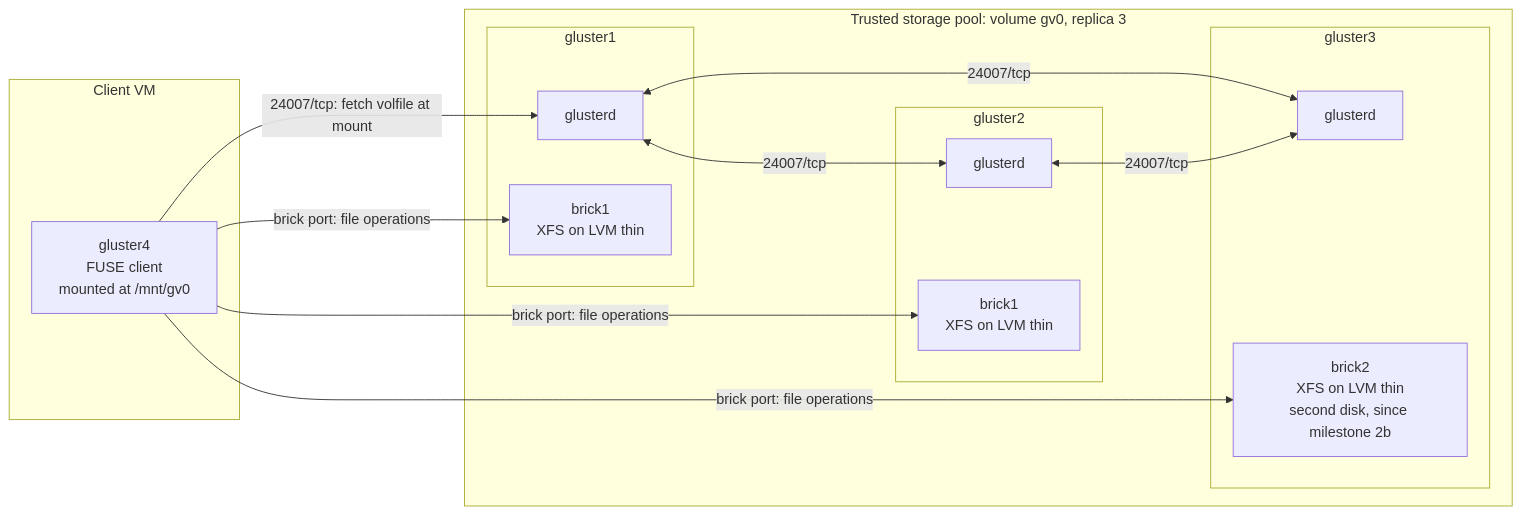
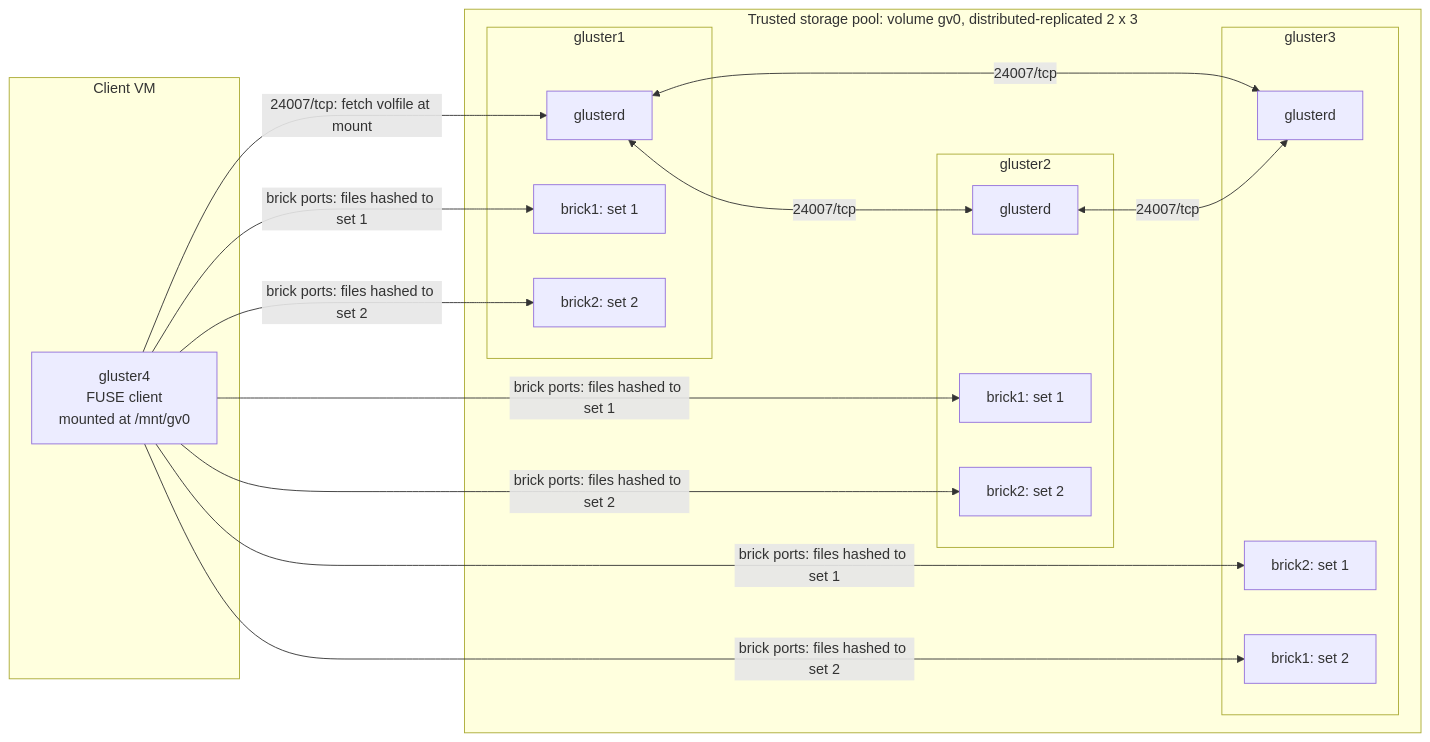
One commit to OB-Adams/glusterfs-replicated-lab changed the first of 4 diagrams in docs/architecture.md. Above: the diagram before and after it, drawn with Mermaid. The commit also changed other lines of this file and 22 other files, not shown here.

````diff
--- a/docs/architecture.md
+++ b/docs/architecture.md
@@ -17,27 +18,33 @@
 ```mermaid
 flowchart LR
     subgraph clientvm["Client VM"]
         C["gluster4<br/>FUSE client<br/>mounted at /mnt/gv0"]
     end
-    subgraph pool["Trusted storage pool: volume gv0, replica 3"]
+    subgraph pool["Trusted storage pool: volume gv0, distributed-replicated 2 x 3"]
         subgraph s1["gluster1"]
             G1["glusterd"]
-            B1["brick1<br/>XFS on LVM thin"]
+            B1["brick1: set 1"]
+            B4["brick2: set 2"]
         end
         subgraph s2["gluster2"]
             G2["glusterd"]
-            B2["brick1<br/>XFS on LVM thin"]
+            B2["brick1: set 1"]
+            B5["brick2: set 2"]
         end
         subgraph s3["gluster3"]
             G3["glusterd"]
-            B3["brick2<br/>XFS on LVM thin<br/>second disk, since milestone 2b"]
+            B3["brick2: set 1"]
+            B6["brick1: set 2"]
         end
     end
     C -->|"24007/tcp: fetch volfile at mount"| G1
-    C -->|"brick port: file operations"| B1
-    C -->|"brick port: file operations"| B2
-    C -->|"brick port: file operations"| B3
+    C -->|"brick ports: files hashed to set 1"| B1
+    C -->|"brick ports: files hashed to set 1"| B2
+    C -->|"brick ports: files hashed to set 1"| B3
+    C -->|"brick ports: files hashed to set 2"| B4
+    C -->|"brick ports: files hashed to set 2"| B5
+    C -->|"brick ports: files hashed to set 2"| B6
     G1 <-->|"24007/tcp"| G2
     G2 <-->|"24007/tcp"| G3
     G1 <-->|"24007/tcp"| G3
 ```
````
